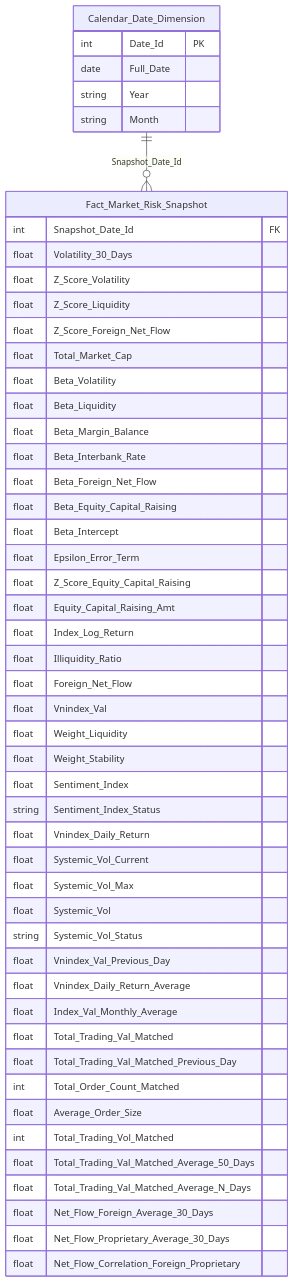
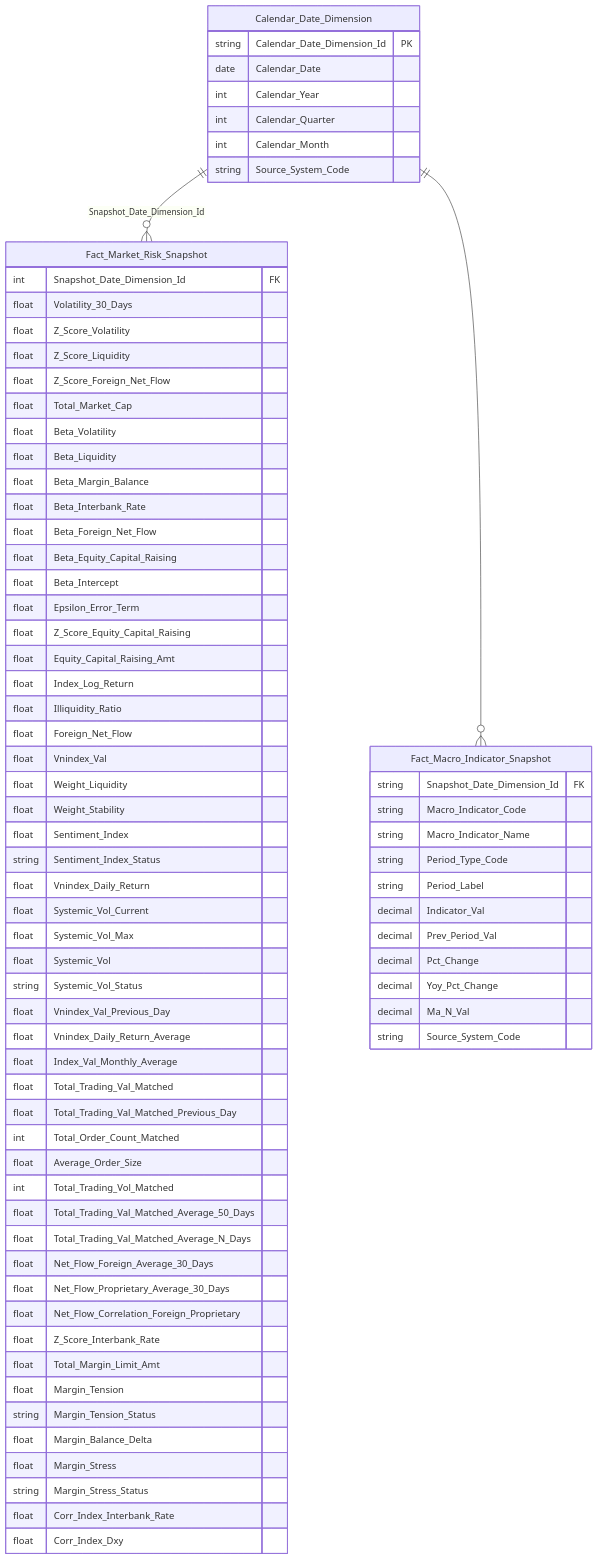
Before and after one commit to linhlvit/ubck_atomic_design: diagram 13 of 58 in Datamart/hld/DTM_PTTT_HLD.md, drawn with Mermaid. The commit also changed other lines of this file and 9 other files, not shown here.

Commit message:
feat(PTTT): update phan he : PTTT - unblock 102 KPI, them fct_macro_indicator_snpst va dong O_PTTT_11, O_PTTT_13

````diff
--- a/Datamart/hld/DTM_PTTT_HLD.md
+++ b/Datamart/hld/DTM_PTTT_HLD.md
@@ -580,54 +589,79 @@
 ```mermaid
 erDiagram
     Fact_Market_Risk_Snapshot {
-        int Snapshot_Date_Id FK
+        int Snapshot_Date_Dimension_Id FK
         float Volatility_30_Days
         float Z_Score_Volatility
         float Z_Score_Liquidity
         float Z_Score_Foreign_Net_Flow
         float Total_Market_Cap
         float Beta_Volatility
         float Beta_Liquidity
         float Beta_Margin_Balance
         float Beta_Interbank_Rate
         float Beta_Foreign_Net_Flow
         float Beta_Equity_Capital_Raising
         float Beta_Intercept
         float Epsilon_Error_Term
         float Z_Score_Equity_Capital_Raising
         float Equity_Capital_Raising_Amt
         float Index_Log_Return
         float Illiquidity_Ratio
         float Foreign_Net_Flow
         float Vnindex_Val
         float Weight_Liquidity
         float Weight_Stability
         float Sentiment_Index
         string Sentiment_Index_Status
         float Vnindex_Daily_Return
         float Systemic_Vol_Current
         float Systemic_Vol_Max
         float Systemic_Vol
         string Systemic_Vol_Status
         float Vnindex_Val_Previous_Day
         float Vnindex_Daily_Return_Average
         float Index_Val_Monthly_Average
         float Total_Trading_Val_Matched
         float Total_Trading_Val_Matched_Previous_Day
         int Total_Order_Count_Matched
         float Average_Order_Size
         int Total_Trading_Vol_Matched
         float Total_Trading_Val_Matched_Average_50_Days
         float Total_Trading_Val_Matched_Average_N_Days
         float Net_Flow_Foreign_Average_30_Days
         float Net_Flow_Proprietary_Average_30_Days
         float Net_Flow_Correlation_Foreign_Proprietary
+        float Z_Score_Interbank_Rate
+        float Total_Margin_Limit_Amt
+        float Margin_Tension
+        string Margin_Tension_Status
+        float Margin_Balance_Delta
+        float Margin_Stress
+        string Margin_Stress_Status
+        float Corr_Index_Interbank_Rate
+        float Corr_Index_Dxy
     }
     Calendar_Date_Dimension {
-        int Date_Id PK
-        date Full_Date
-        string Year
-        string Month
+        string Calendar_Date_Dimension_Id PK
+        date Calendar_Date
+        int Calendar_Year
+        int Calendar_Quarter
+        int Calendar_Month
+        string Source_System_Code
     }
-    Calendar_Date_Dimension ||--o{ Fact_Market_Risk_Snapshot : "Snapshot_Date_Id"
+    Calendar_Date_Dimension ||--o{ Fact_Market_Risk_Snapshot : "Snapshot_Date_Dimension_Id"
+    Fact_Macro_Indicator_Snapshot {
+        string Snapshot_Date_Dimension_Id FK
+        string Macro_Indicator_Code
+        string Macro_Indicator_Name
+        string Period_Type_Code
+        string Period_Label
+        decimal Indicator_Val
+        decimal Prev_Period_Val
+        decimal Pct_Change
+        decimal Yoy_Pct_Change
+        decimal Ma_N_Val
+        string Source_System_Code
+    }
+    Calendar_Date_Dimension ||--o{ Fact_Macro_Indicator_Snapshot : " "
 ```
````
